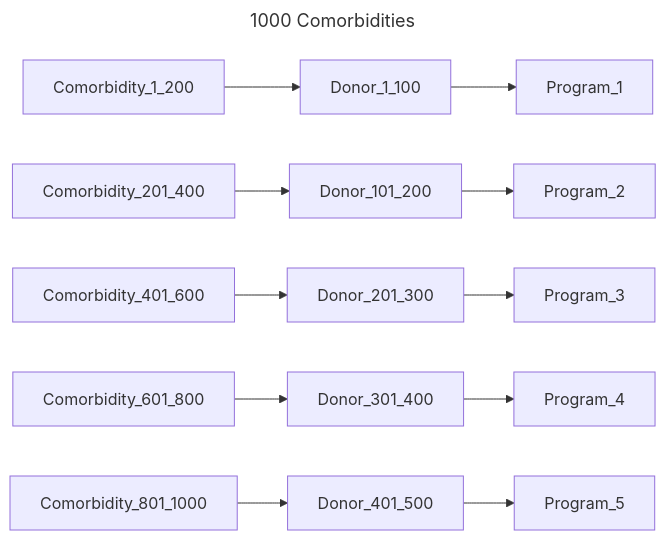
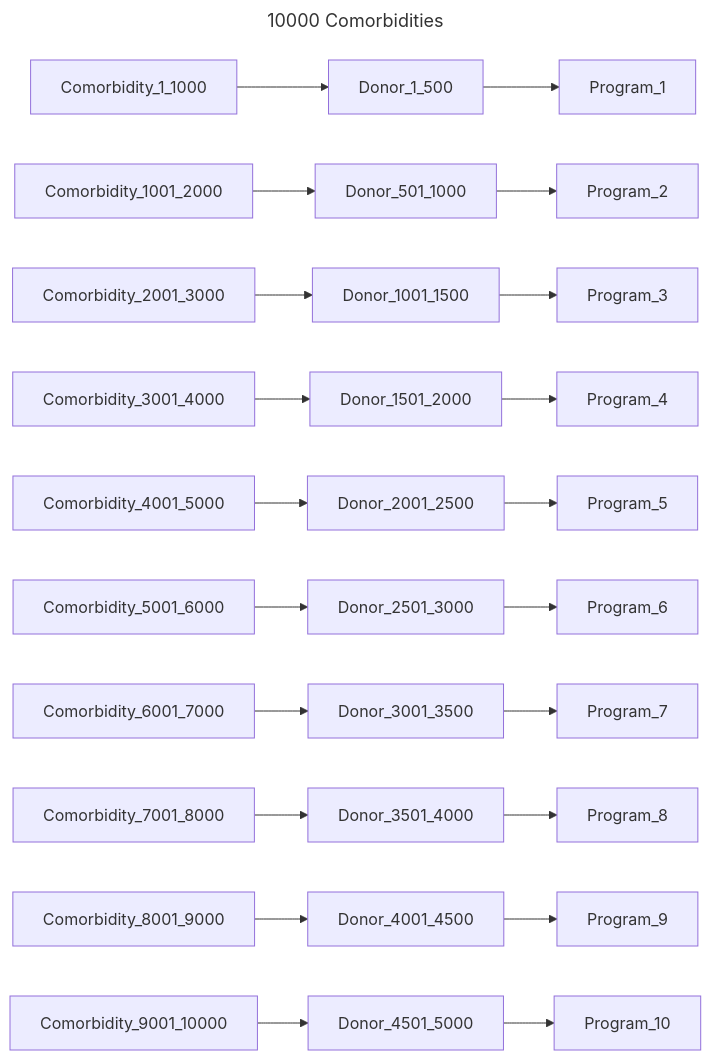
One commit to bento-platform/katsu changed diagram 14 of 14 in chord_metadata_service/mohpackets/data/large_dataset/README.md. Above: the diagram before and after it, drawn with Mermaid. The commit also changed other lines of this file, not shown here.

````diff
--- a/chord_metadata_service/mohpackets/data/large_dataset/README.md
+++ b/chord_metadata_service/mohpackets/data/large_dataset/README.md
@@ -195,11 +227,16 @@
 ```mermaid
 ---
-title: 1000 Comorbidities
+title: 10000 Comorbidities
 ---
 graph LR;  
-  Comorbidity_1_200 --> Donor_1_100 --> Program_1;
-  Comorbidity_201_400 --> Donor_101_200 --> Program_2;  
-  Comorbidity_401_600 --> Donor_201_300 --> Program_3;  
-  Comorbidity_601_800 --> Donor_301_400 --> Program_4;  
-  Comorbidity_801_1000 --> Donor_401_500 --> Program_5;  
+  Comorbidity_1_1000 --> Donor_1_500 --> Program_1;
+  Comorbidity_1001_2000 --> Donor_501_1000 --> Program_2;  
+  Comorbidity_2001_3000 --> Donor_1001_1500 --> Program_3;  
+  Comorbidity_3001_4000 --> Donor_1501_2000 --> Program_4;  
+  Comorbidity_4001_5000 --> Donor_2001_2500 --> Program_5;  
+  Comorbidity_5001_6000 --> Donor_2501_3000 --> Program_6;  
+  Comorbidity_6001_7000 --> Donor_3001_3500 --> Program_7;  
+  Comorbidity_7001_8000 --> Donor_3501_4000 --> Program_8;  
+  Comorbidity_8001_9000 --> Donor_4001_4500 --> Program_9;
+  Comorbidity_9001_10000 --> Donor_4501_5000 --> Program_10;
 ```
````
